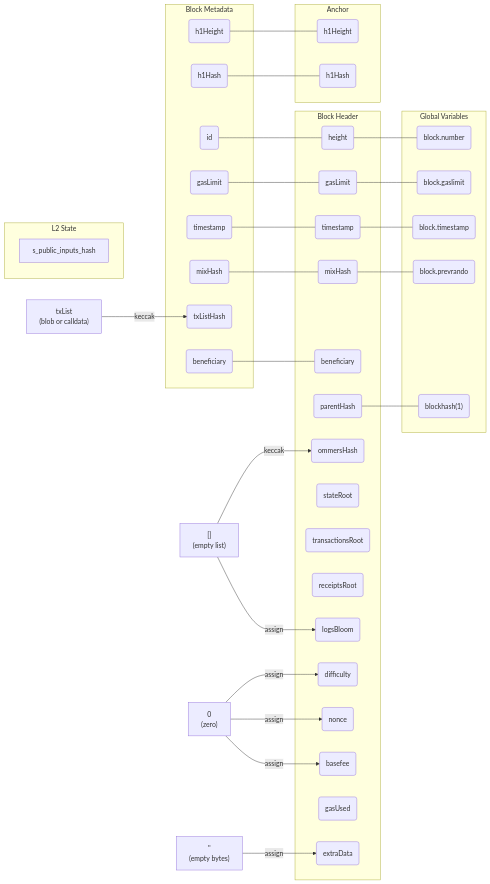
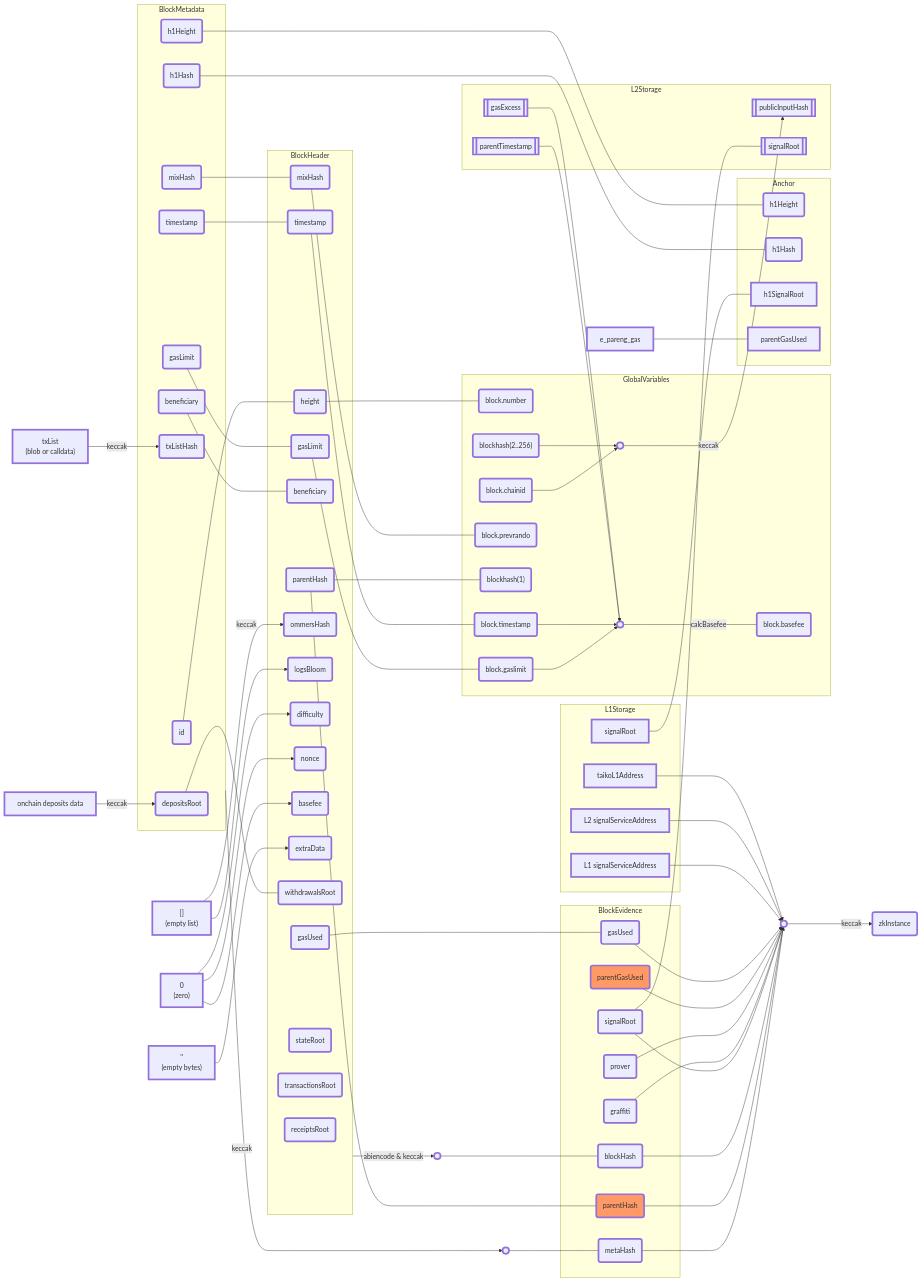
One commit to taikoxyz/taiko-mono changed the diagram in packages/protocol/docs/ZKReq.md. Above: the diagram before and after it, drawn with Mermaid. The commit also changed 2 other files, not shown here.

````diff
--- a/packages/protocol/docs/ZKReq.md
+++ b/packages/protocol/docs/ZKReq.md
@@ -1,73 +1,139 @@
 ```mermaid
-  graph LR
-
-  m_id(id) --- h_height(height) --- v_block_number(block.number);
-  m_gas_limit(gasLimit) --- h_gas_limit(gasLimit) --- v_block_gaslimit(block.gaslimit);
-  m_timestamp(timestamp) --- h_timestamp(timestamp)  --- v_block_timestamp(block.timestamp);
-  m_h1_height(h1Height) --- a_h1_height(h1Height);
-  m_h1_hash(h1Hash) --- a_h1_hash(h1Hash);
-  m_mix_hash(mixHash) --- h_mix_hash(mixHash) --- v_block_prevrando(block.prevrando);
-  tx_list["txList\n(blob or calldata)"] -->|keccak| m_txlist_hash(txListHash) ;
-  m_beneficiary(beneficiary) --- h_beneficiary(beneficiary);
-
-  h_parent_hash(parentHash) --- v_blockhash_1("blockhash(1)");
-  empty_list["[]\n(empty list)"] -->|keccak| h_ommers_hash(ommersHash);
-  h_state_root(stateRoot);
-  h_transactions_root(transactionsRoot);
-  h_receipts_root(receiptsRoot);
-  empty_list -->|assign| h_logs_bloom(logsBloom);
-  zero["0\n(zero)"] -->|assign| h_difficulty(difficulty)
-  zero -->|assign| h_nonce(nonce)
-  zero -->|assign| h_basefee(basefee)
-  h_gas_used(gasUsed)
-  empty_string["''\n(empty bytes)"] -->|assign| h_extra_data(extraData)
-
-  subgraph Block Metadata
-  m_id
-  m_gas_limit
-  m_timestamp
-  m_h1_height
-  m_h1_hash
-  m_mix_hash
-  m_txlist_hash
-  m_beneficiary
-  end
-
-  subgraph Block Header
-  h_height
-  h_gas_limit
-  h_gas_used
-  h_timestamp
-  h_mix_hash
-  h_beneficiary
-  h_parent_hash
-  h_ommers_hash
-  h_state_root
-  h_transactions_root
-  h_receipts_root
-  h_logs_bloom
-  h_difficulty
-  h_extra_data
-  h_nonce
-  h_basefee
-  end
-
-  subgraph Global Variables
-  v_block_number
-  v_block_gaslimit
-  v_block_timestamp
-  v_block_prevrando
-  v_blockhash_1
-  end
+graph LR
 
 
-  subgraph Anchor
-  a_h1_height
-  a_h1_hash
-  end
+classDef default stroke-width:4px;
+
+m_id --- h_height --- v_block_number;
+m_gas_limit --- h_gas_limit --- v_block_gaslimit;
+m_timestamp --- h_timestamp  --- v_block_timestamp;
+m_h1_height --- a_h1_height;
+m_h1_hash --- a_h1_hash;
+m_mix_hash --- h_mix_hash --- v_block_prevrando;
+tx_list -->|keccak| m_txlist_hash;
+m_beneficiary --- h_beneficiary;
+h_parent_hash --- v_blockhash_1 & e_parent_hash;
+empty_list -->|keccak| h_ommers_hash;
+empty_list --> h_logs_bloom;
+zero --> h_difficulty;
+zero --> h_nonce;
+zero --> h_basefee;
+empty_string --> h_extra_data;
+
+v_block_chainid --> dot1;
+v_blockhash_others --> dot1 -->|keccak| s_public_input_hash;
 
 
-  subgraph L2 State
-  s_public_inputs_hash
-  end
+v_block_gaslimit --> dot2;
+v_block_timestamp --> dot2;
+s_parent_timestamp --> dot2;
+s_gas_excess --> dot2 ---|calcBasefee| v_block_basefee;
+
+processed_deposits -->|keccak| m_deposits_root --- h_withdrawals_root;
+
+b_signal_root --- a_h1_signal_root;
+h_gas_used --- e_gas_used;
+
+BlockMetadata -->|keccak| dot4((" ")) --- e_meta_hash --> dot3((" ")) -->|keccak| zk_instance;
+e_parent_hash & e_block_hash & e_signal_root & e_graffiti & e_prover & e_parent_gas_used & e_gas_used --> dot3;
+b_l1_signal_service_addr --> dot3;
+b_l2_signal_service_addr --> dot3;
+b_l1_taiko_addr --> dot3;
+
+e_signal_root --- s_signal_root
+e_pareng_gas --- a_parent_gas_used
+BlockHeader -->|abiencode & keccak| dot5((" ")) o--- e_block_hash
+
+subgraph BlockMetadata
+m_id(id)
+m_gas_limit(gasLimit)
+m_timestamp(timestamp)
+m_h1_height(h1Height)
+m_h1_hash(h1Hash)
+m_mix_hash(mixHash)
+m_txlist_hash(txListHash)
+m_beneficiary(beneficiary)
+m_deposits_root(depositsRoot)
+end
+
+
+
+subgraph BlockHeader
+h_height(height)
+h_gas_limit(gasLimit)
+h_gas_used(gasUsed)
+h_timestamp(timestamp)
+h_mix_hash(mixHash)
+h_beneficiary(beneficiary)
+h_parent_hash(parentHash)
+h_ommers_hash(ommersHash)
+h_state_root(stateRoot)
+h_transactions_root(transactionsRoot)
+h_receipts_root(receiptsRoot)
+h_logs_bloom(logsBloom)
+h_difficulty(difficulty)
+h_extra_data(extraData)
+h_nonce(nonce)
+h_basefee(basefee)
+h_withdrawals_root(withdrawalsRoot)
+end
+
+subgraph GlobalVariables
+v_block_number(block.number)
+v_block_gaslimit(block.gaslimit)
+v_block_timestamp(block.timestamp)
+v_block_prevrando(block.prevrando)
+v_blockhash_1("blockhash(1)")
+v_blockhash_others("blockhash(2..256)")
+v_block_chainid("block.chainid")
+v_block_basefee("block.basefee")
+dot1((" "))
+dot2((" "))
+end
+
+
+subgraph Anchor
+a_h1_height(h1Height)
+a_h1_hash(h1Hash)
+a_h1_signal_root[h1SignalRoot]
+a_parent_gas_used[parentGasUsed]
+end
+
+subgraph L1Storage
+b_signal_root[signalRoot]
+b_l1_taiko_addr[taikoL1Address]
+b_l1_signal_service_addr[L1 signalServiceAddress]
+b_l2_signal_service_addr[L2 signalServiceAddress]
+end
+
+
+subgraph L2Storage
+s_public_input_hash[[publicInputHash]]
+s_parent_timestamp[[parentTimestamp]]
+s_gas_excess[[gasExcess]]
+s_signal_root[[signalRoot]]
+end
+
+
+subgraph BlockEvidence
+e_meta_hash(metaHash)
+e_parent_hash(parentHash):::forkchoice
+e_block_hash(blockHash)
+e_signal_root(signalRoot)
+e_graffiti(graffiti)
+e_prover(prover)
+e_parent_gas_used(parentGasUsed):::forkchoice
+e_gas_used(gasUsed)
+
+classDef forkchoice fill:#f96
+end
+
+
+
+zero["0\n(zero)"]
+empty_string["''\n(empty bytes)"]
+empty_list["[]\n(empty list)"]
+tx_list["txList\n(blob or calldata)"]
+processed_deposits["onchain deposits data"]
+zk_instance(zkInstance)
 ```
````
